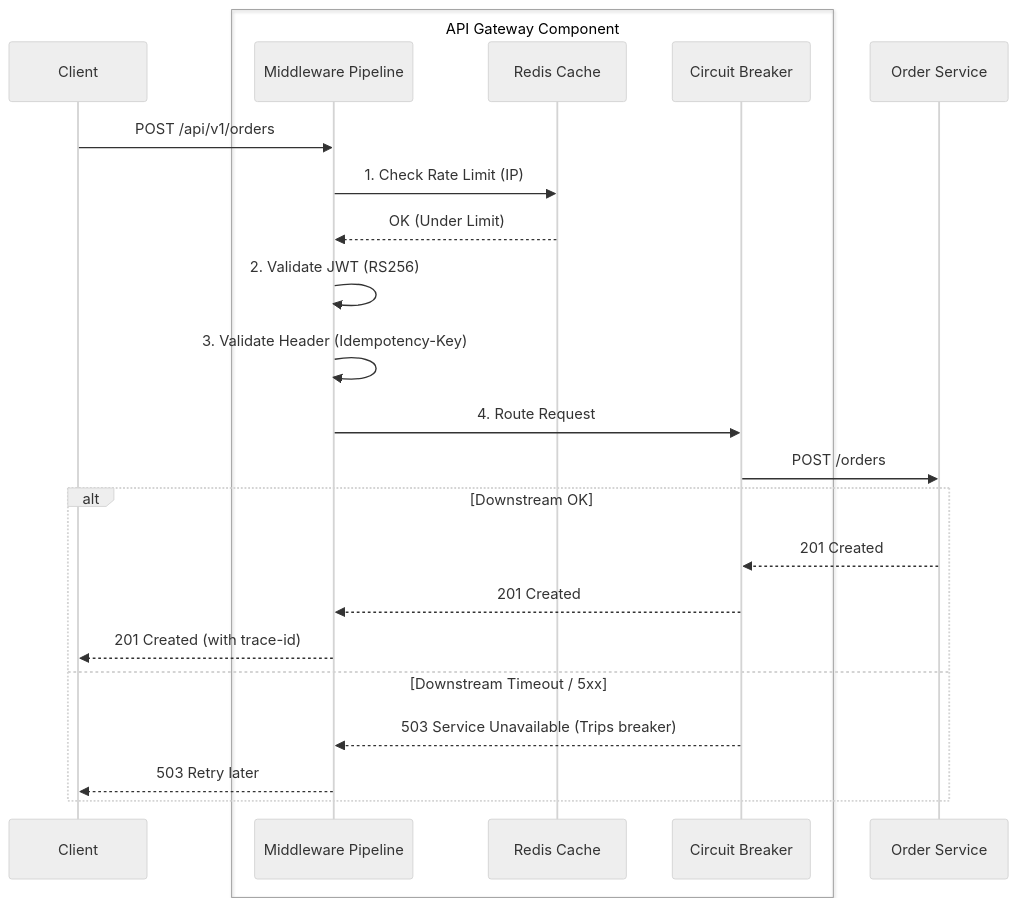
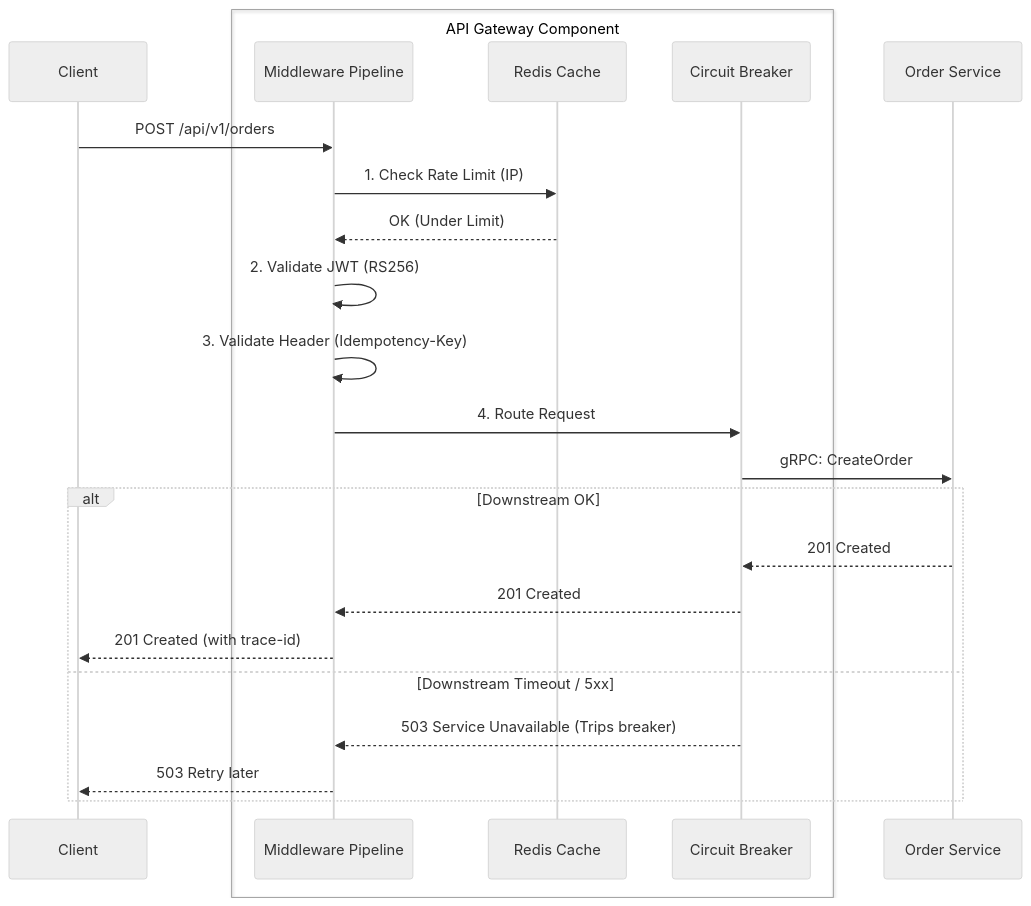
The diagram in docs/services/api-gateway-spec.md (sandroeric/microservices-event-engine), drawn with Mermaid (neutral theme) before and after one commit. The commit also changed other lines of this file and 9 other files, not shown here.

Commit message:
fix: resolve cross-doc inconsistencies in schemas, keys, and conventions

````diff
--- a/docs/services/api-gateway-spec.md
+++ b/docs/services/api-gateway-spec.md
@@ -34,32 +34,32 @@
 ```mermaid
 sequenceDiagram
     participant C as Client
     box API Gateway Component
         participant MW as Middleware Pipeline
         participant Redis as Redis Cache
         participant CB as Circuit Breaker
     end
     participant OS as Order Service
 
     C->>MW: POST /api/v1/orders
     
     %% Middleware execution
     MW->>Redis: 1. Check Rate Limit (IP)
     Redis-->>MW: OK (Under Limit)
     
     MW->>MW: 2. Validate JWT (RS256)
     MW->>MW: 3. Validate Header (Idempotency-Key)
     
     %% Routing
     MW->>CB: 4. Route Request
-    CB->>OS: POST /orders
+    CB->>OS: gRPC: CreateOrder
     
     alt Downstream OK
         OS-->>CB: 201 Created
         CB-->>MW: 201 Created
         MW-->>C: 201 Created (with trace-id)
     else Downstream Timeout / 5xx
         CB-->>MW: 503 Service Unavailable (Trips breaker)
         MW-->>C: 503 Retry later
     end
 ```
````
